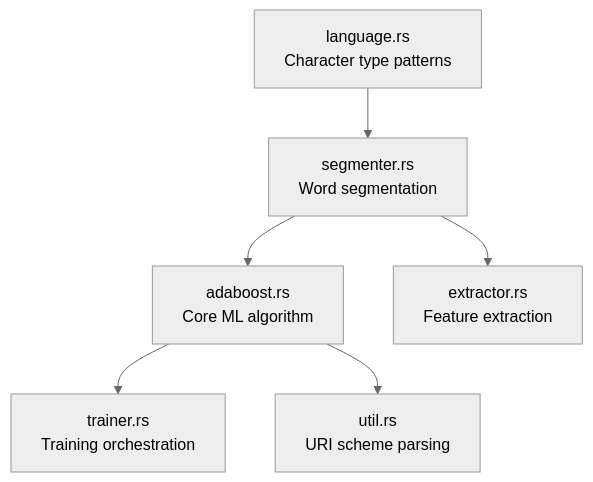
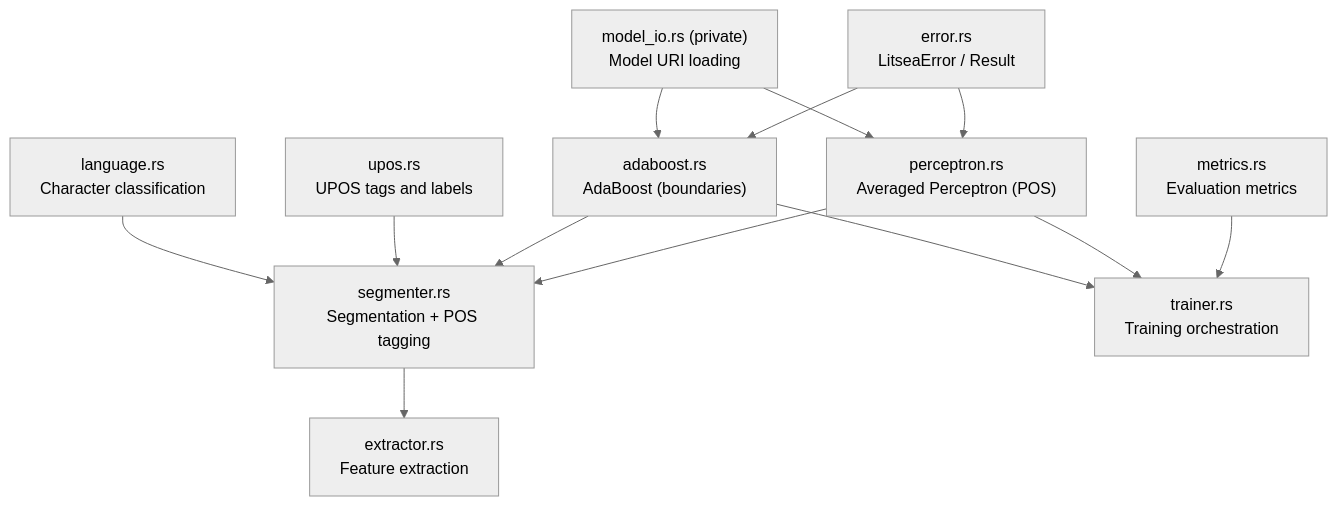
The diagram in docs/src/architecture/module-design.md (mosuka/litsea), drawn with Mermaid (neutral theme) before and after one commit. The commit also changed other lines of this file and 39 other files, not shown here.

````diff
--- a/docs/src/architecture/module-design.md
+++ b/docs/src/architecture/module-design.md
@@ -7,15 +7,26 @@
 ```mermaid
 graph TD
-    language["language.rs<br/>Character type patterns"]
-    segmenter["segmenter.rs<br/>Word segmentation"]
-    adaboost["adaboost.rs<br/>Core ML algorithm"]
+    language["language.rs<br/>Character classification"]
+    segmenter["segmenter.rs<br/>Segmentation + POS tagging"]
+    adaboost["adaboost.rs<br/>AdaBoost (boundaries)"]
+    perceptron["perceptron.rs<br/>Averaged Perceptron (POS)"]
+    upos["upos.rs<br/>UPOS tags and labels"]
     extractor["extractor.rs<br/>Feature extraction"]
     trainer["trainer.rs<br/>Training orchestration"]
-    util["util.rs<br/>URI scheme parsing"]
+    model_io["model_io.rs (private)<br/>Model URI loading"]
+    error["error.rs<br/>LitseaError / Result"]
+    metrics["metrics.rs<br/>Evaluation metrics"]
 
     language --> segmenter
-    segmenter --> adaboost
+    upos --> segmenter
+    adaboost --> segmenter
+    perceptron --> segmenter
     segmenter --> extractor
     adaboost --> trainer
-    adaboost --> util
+    perceptron --> trainer
+    model_io --> adaboost
+    model_io --> perceptron
+    error --> adaboost
+    error --> perceptron
+    metrics --> trainer
 ```
````
